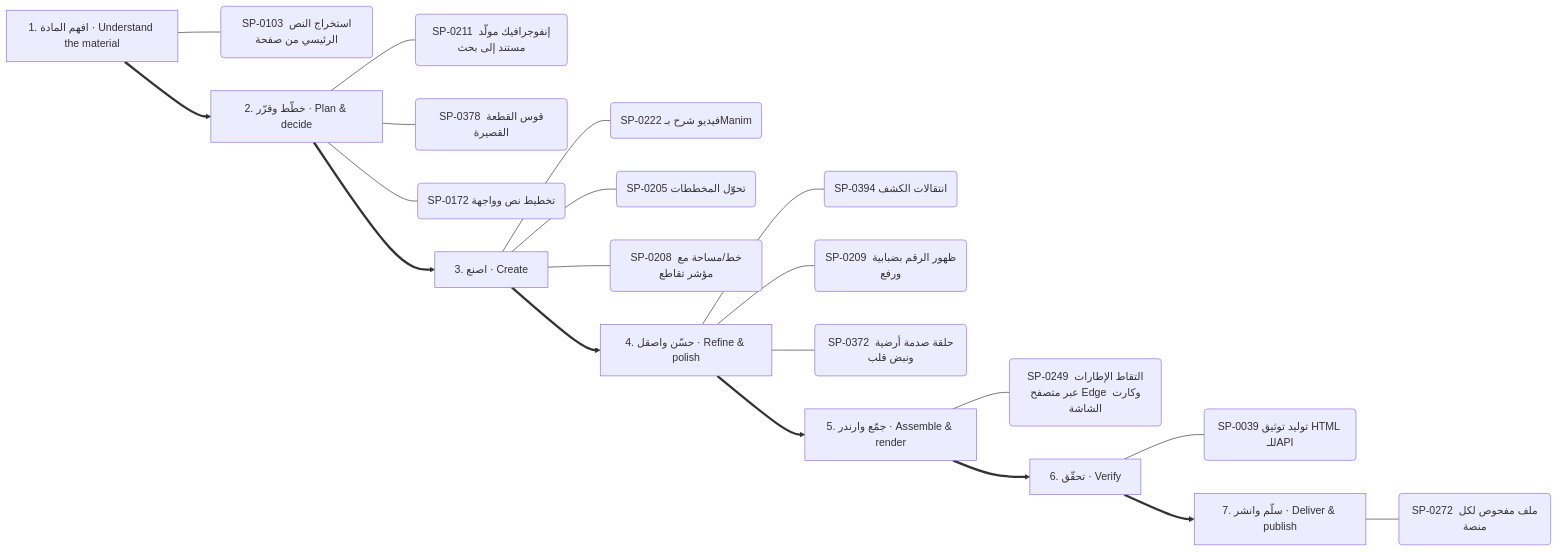
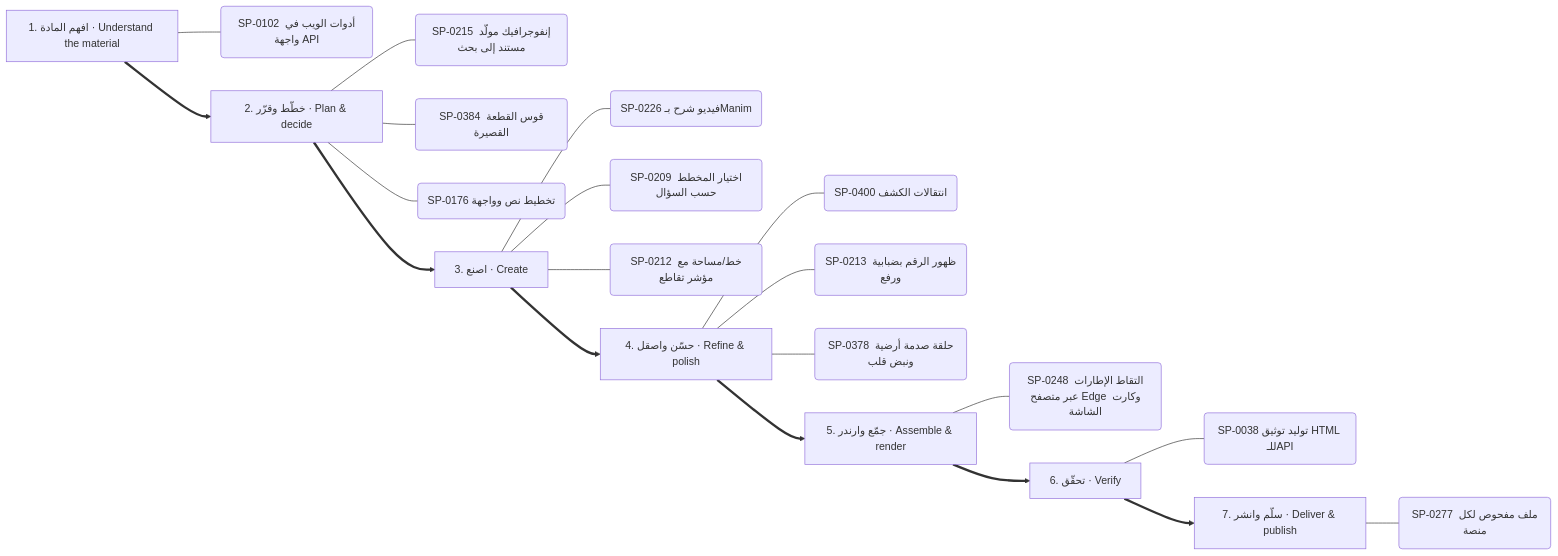
Before and after one commit to kosif199022-jpg/kosif-tool: the fifth of 13 diagrams in .claude/skills/kosif-superpowers/references/capability-mindmap.md, drawn with Mermaid. The commit also changed other lines of this file and 146 other files, not shown here.

````diff
--- a/.claude/skills/kosif-superpowers/references/capability-mindmap.md
+++ b/.claude/skills/kosif-superpowers/references/capability-mindmap.md
@@ -271,29 +271,29 @@
 ```mermaid
 flowchart LR
   S0["1. افهم المادة · Understand the material"]
-  S0 --- S0_0("SP-0103 استخراج النص الرئيسي من صفحة")
+  S0 --- S0_0("SP-0102 أدوات الويب في واجهة API")
   S1["2. خطّط وقرّر · Plan & decide"]
-  S1 --- S1_0("SP-0211 إنفوجرافيك مولَّد مستند إلى بحث")
-  S1 --- S1_1("SP-0378 قوس القطعة القصيرة")
-  S1 --- S1_2("SP-0172 تخطيط نص وواجهة")
+  S1 --- S1_0("SP-0215 إنفوجرافيك مولَّد مستند إلى بحث")
+  S1 --- S1_1("SP-0384 قوس القطعة القصيرة")
+  S1 --- S1_2("SP-0176 تخطيط نص وواجهة")
   S0 ==> S1
   S2["3. اصنع · Create"]
-  S2 --- S2_0("SP-0222 فيديو شرح بـManim")
-  S2 --- S2_1("SP-0205 تحوّل المخططات")
-  S2 --- S2_2("SP-0208 خط/مساحة مع مؤشر تقاطع")
+  S2 --- S2_0("SP-0226 فيديو شرح بـManim")
+  S2 --- S2_1("SP-0209 اختيار المخطط حسب السؤال")
+  S2 --- S2_2("SP-0212 خط/مساحة مع مؤشر تقاطع")
   S1 ==> S2
   S3["4. حسّن واصقل · Refine & polish"]
-  S3 --- S3_0("SP-0394 انتقالات الكشف")
-  S3 --- S3_1("SP-0209 ظهور الرقم بضبابية ورفع")
-  S3 --- S3_2("SP-0372 حلقة صدمة أرضية ونبض قلب")
+  S3 --- S3_0("SP-0400 انتقالات الكشف")
+  S3 --- S3_1("SP-0213 ظهور الرقم بضبابية ورفع")
+  S3 --- S3_2("SP-0378 حلقة صدمة أرضية ونبض قلب")
   S2 ==> S3
   S4["5. جمّع وارندر · Assemble & render"]
-  S4 --- S4_0("SP-0249 التقاط الإطارات عبر متصفح Edge وكارت الشاشة")
+  S4 --- S4_0("SP-0248 التقاط الإطارات عبر متصفح Edge وكارت الشاشة")
   S3 ==> S4
   S5["6. تحقّق · Verify"]
-  S5 --- S5_0("SP-0039 توليد توثيق HTML للـAPI")
+  S5 --- S5_0("SP-0038 توليد توثيق HTML للـAPI")
   S4 ==> S5
   S6["7. سلّم وانشر · Deliver & publish"]
-  S6 --- S6_0("SP-0272 ملف مفحوص لكل منصة")
+  S6 --- S6_0("SP-0277 ملف مفحوص لكل منصة")
   S5 ==> S6
 ```
````
